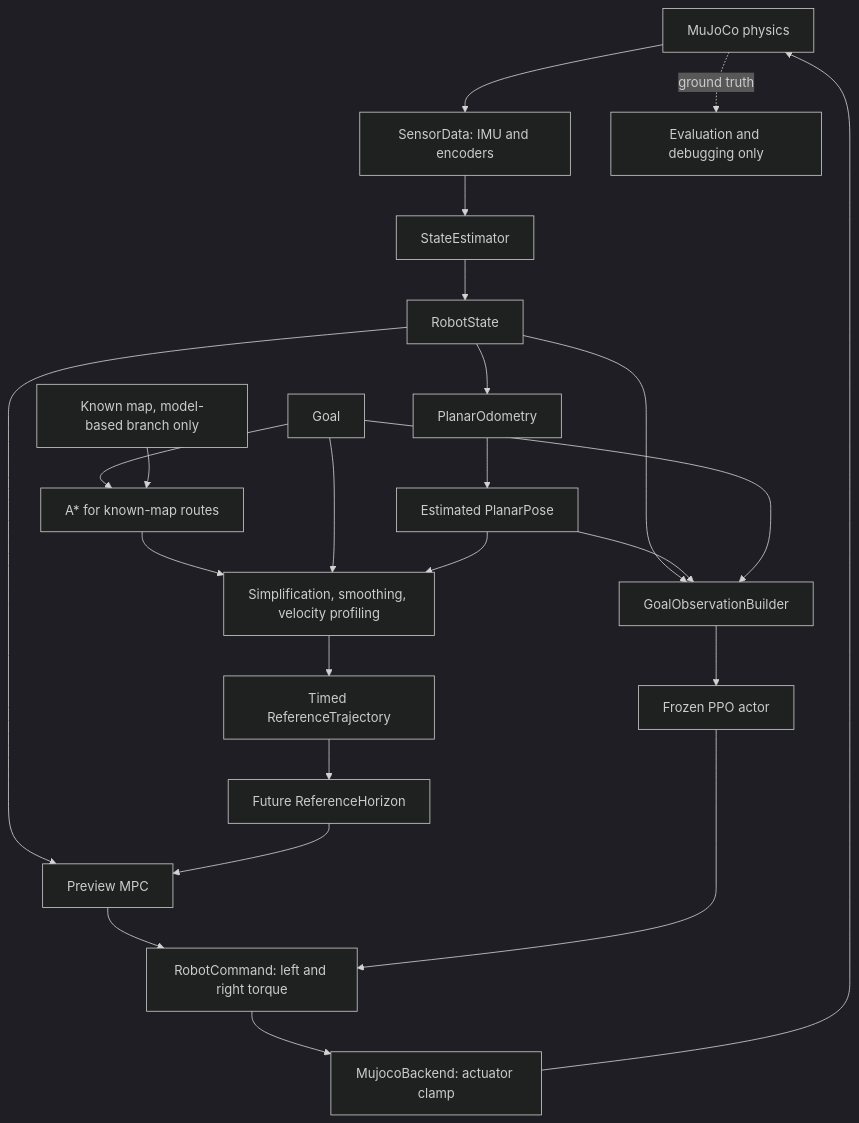
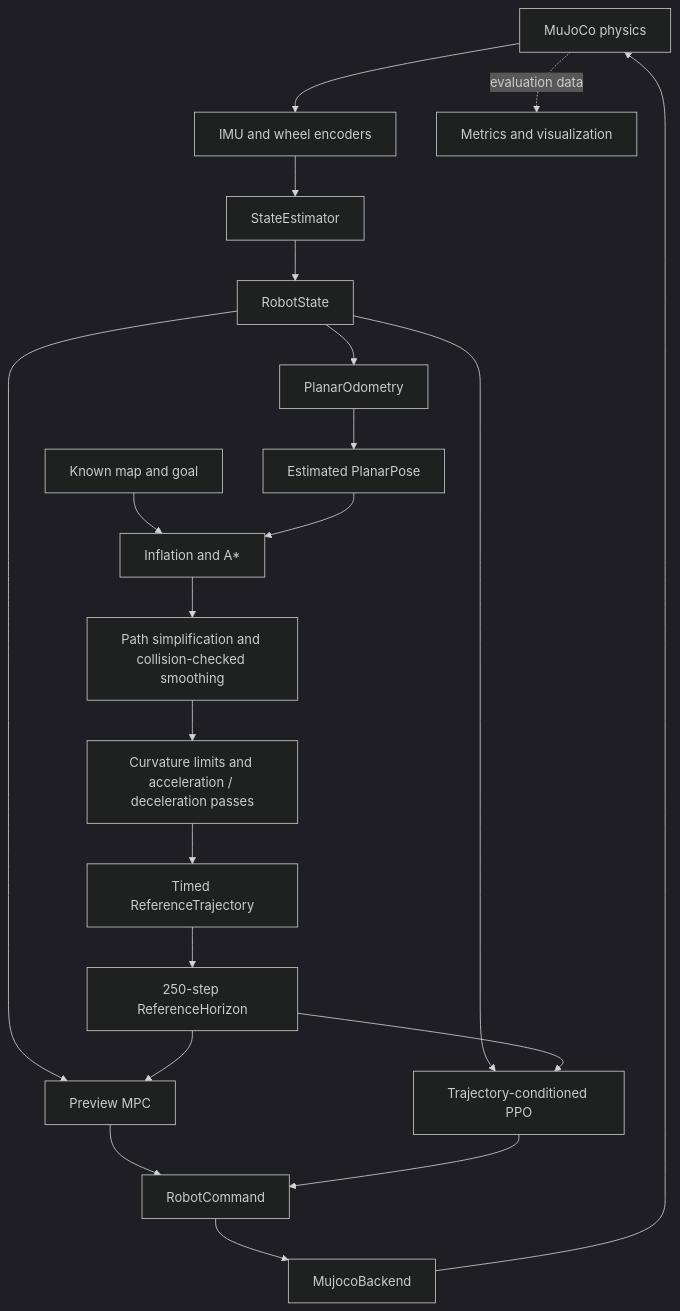
One commit to ThomasLin617/self-balancing-robot-mpc-ppo changed the first of 2 diagrams in README.md. Above: the diagram before and after it, drawn with Mermaid (dark theme). The commit also changed other lines of this file and 128 other files, not shown here.

````diff
--- a/README.md
+++ b/README.md
@@ -47,26 +43,23 @@
 ```mermaid
 flowchart TD
-    M[MuJoCo physics] --> S[SensorData: IMU and encoders]
-    S --> E[StateEstimator]
-    E --> R[RobotState]
-    R --> O[PlanarOdometry]
-    O --> P[Estimated PlanarPose]
-    G[Goal] --> A[A* for known-map routes]
-    K[Known map, model-based branch only] --> A
-    A --> T[Simplification, smoothing, velocity profiling]
-    G --> T
-    P --> T
-    T --> RT[Timed ReferenceTrajectory]
-    RT --> H[Future ReferenceHorizon]
-    R --> MPC[Preview MPC]
-    H --> MPC
-    R --> B[GoalObservationBuilder]
-    P --> B
-    G --> B
-    B --> PPO[Frozen PPO actor]
-    MPC --> C[RobotCommand: left and right torque]
-    PPO --> C
-    C --> BE[MujocoBackend: actuator clamp]
-    BE --> M
-    M -. ground truth .-> D[Evaluation and debugging only]
+    Physics[MuJoCo physics] --> Sensors[IMU and wheel encoders]
+    Sensors --> Estimator[StateEstimator]
+    Estimator --> State[RobotState]
+    State --> Odometry[PlanarOdometry]
+    Odometry --> Pose[Estimated PlanarPose]
+    Map[Known map and goal] --> Planner[Inflation and A*]
+    Pose --> Planner
+    Planner --> Geometry[Path simplification and collision-checked smoothing]
+    Geometry --> Timing[Curvature limits and acceleration / deceleration passes]
+    Timing --> Trajectory[Timed ReferenceTrajectory]
+    Trajectory --> Horizon[250-step ReferenceHorizon]
+    State --> MPC[Preview MPC]
+    State --> PPO[Trajectory-conditioned PPO]
+    Horizon --> MPC
+    Horizon --> PPO
+    MPC --> Command[RobotCommand]
+    PPO --> Command
+    Command --> Backend[MujocoBackend]
+    Backend --> Physics
+    Physics -. evaluation data .-> Evaluation[Metrics and visualization]
 ```
````
